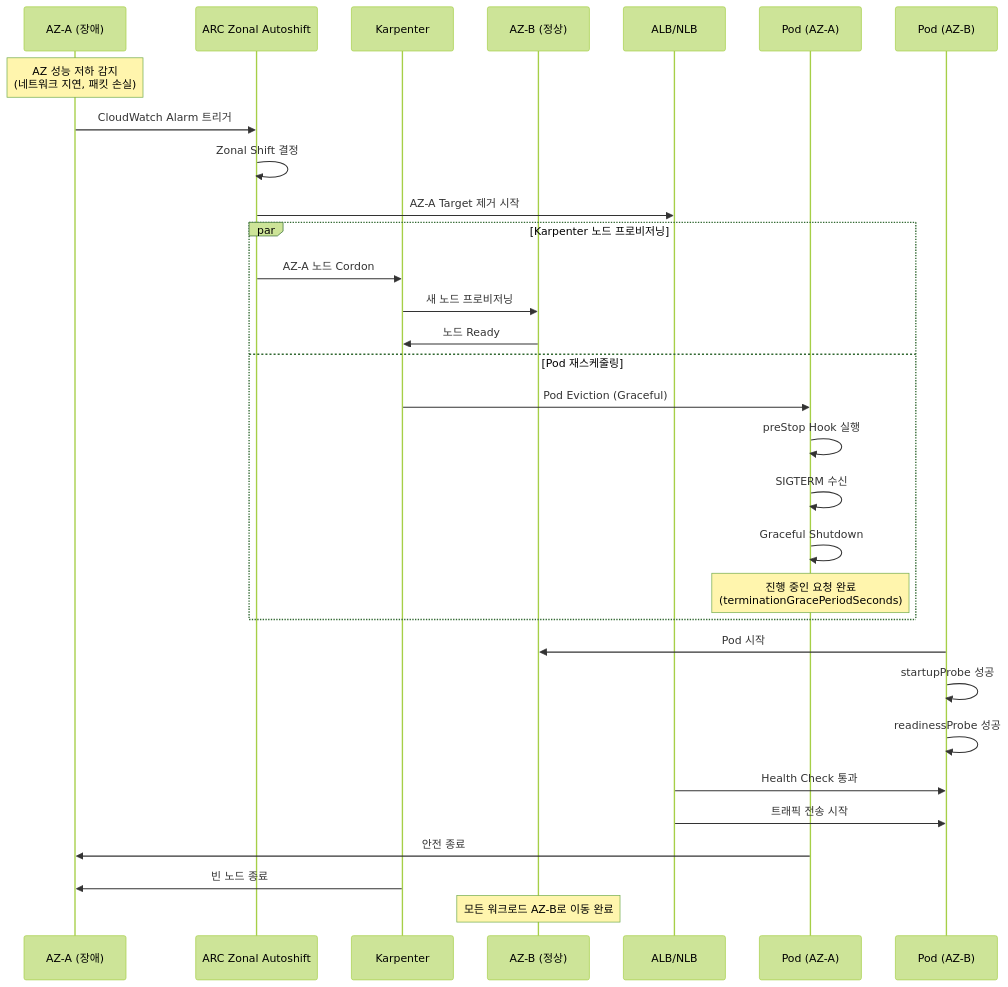
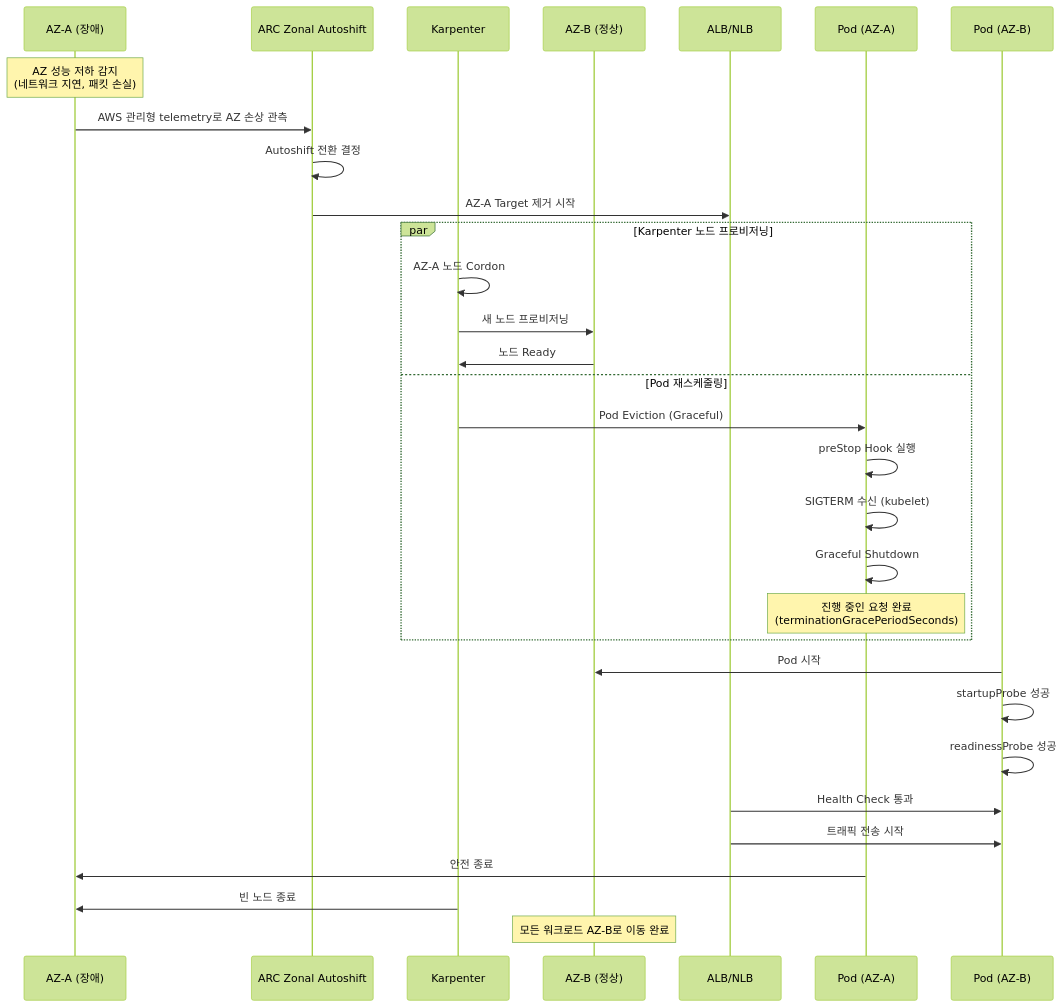
The second of 2 diagrams in i18n/ko/docusaurus-plugin-content-docs/current/eks-best-practices/operations-reliability/pod-lifecycle/shutdown-karpenter.md (devfloor9/engineering-playbook), drawn with Mermaid (forest theme) before and after one commit. The commit also changed other lines of this file and 3 other files, not shown here.

First line of the commit message:
docs(eks-best-practices): #98 감사 교정 g98-pod-lifecycle-2-u2 -- ARC/Karpenter/언어별 종료 예제 (KO/EN)

````diff
--- a/i18n/ko/docusaurus-plugin-content-docs/current/eks-best-practices/operations-reliability/pod-lifecycle/shutdown-karpenter.md
+++ b/i18n/ko/docusaurus-plugin-content-docs/current/eks-best-practices/operations-reliability/pod-lifecycle/shutdown-karpenter.md
@@ -103,39 +106,39 @@
 ```mermaid
 sequenceDiagram
     participant AZ_A as AZ-A (장애)
     participant ARC as ARC Zonal Autoshift
     participant Karpenter
     participant AZ_B as AZ-B (정상)
     participant LB as ALB/NLB
     participant Pod_Old as Pod (AZ-A)
     participant Pod_New as Pod (AZ-B)
 
     Note over AZ_A: AZ 성능 저하 감지<br/>(네트워크 지연, 패킷 손실)
 
-    AZ_A->>ARC: CloudWatch Alarm 트리거
-    ARC->>ARC: Zonal Shift 결정
+    AZ_A->>ARC: AWS 관리형 telemetry로 AZ 손상 관측
+    ARC->>ARC: Autoshift 전환 결정
     ARC->>LB: AZ-A Target 제거 시작
 
     par Karpenter 노드 프로비저닝
-        ARC->>Karpenter: AZ-A 노드 Cordon
+        Karpenter->>Karpenter: AZ-A 노드 Cordon
         Karpenter->>AZ_B: 새 노드 프로비저닝
         AZ_B->>Karpenter: 노드 Ready
     and Pod 재스케줄링
         Karpenter->>Pod_Old: Pod Eviction (Graceful)
         Pod_Old->>Pod_Old: preStop Hook 실행
-        Pod_Old->>Pod_Old: SIGTERM 수신
+        Pod_Old->>Pod_Old: SIGTERM 수신 (kubelet)
         Pod_Old->>Pod_Old: Graceful Shutdown
         Note over Pod_Old: 진행 중인 요청 완료<br/>(terminationGracePeriodSeconds)
     end
 
     Pod_New->>AZ_B: Pod 시작
     Pod_New->>Pod_New: startupProbe 성공
     Pod_New->>Pod_New: readinessProbe 성공
     LB->>Pod_New: Health Check 통과
     LB->>Pod_New: 트래픽 전송 시작
 
     Pod_Old->>AZ_A: 안전 종료
     Karpenter->>AZ_A: 빈 노드 종료
 
     Note over AZ_B: 모든 워크로드 AZ-B로 이동 완료
 ```
````
